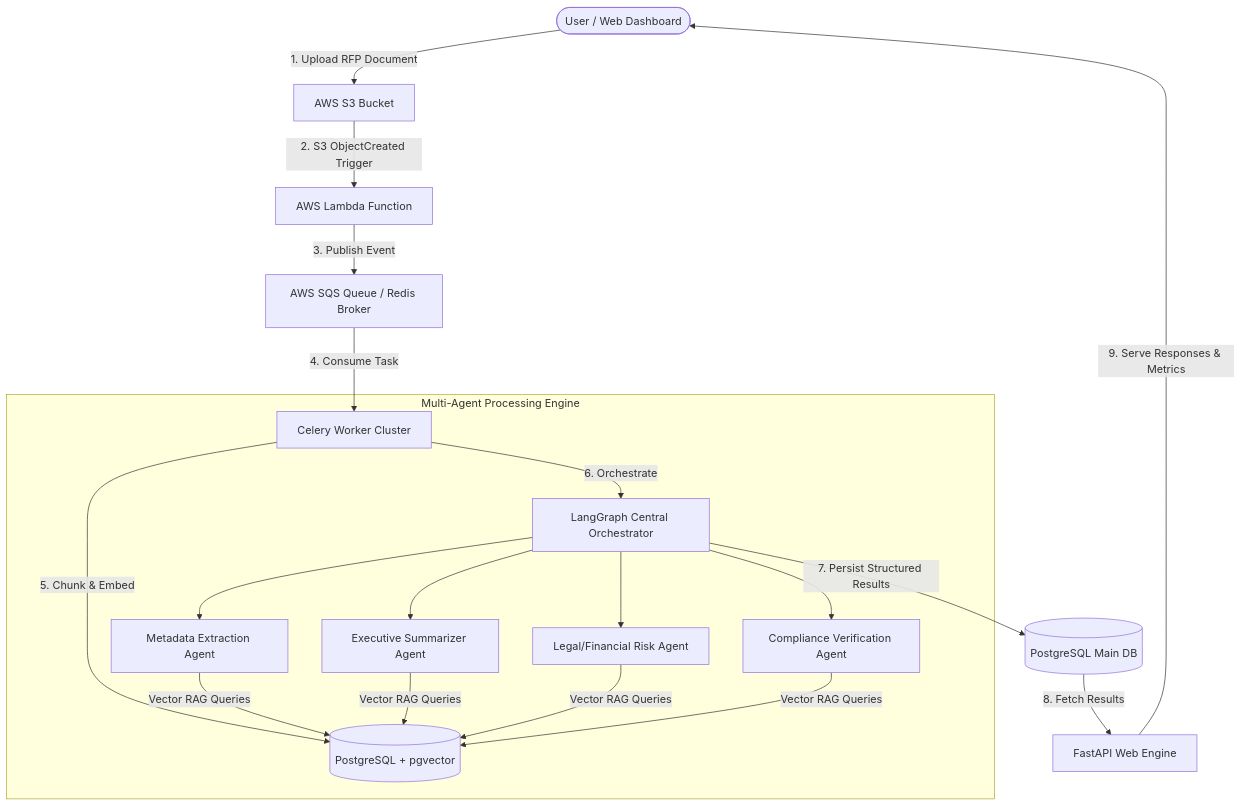
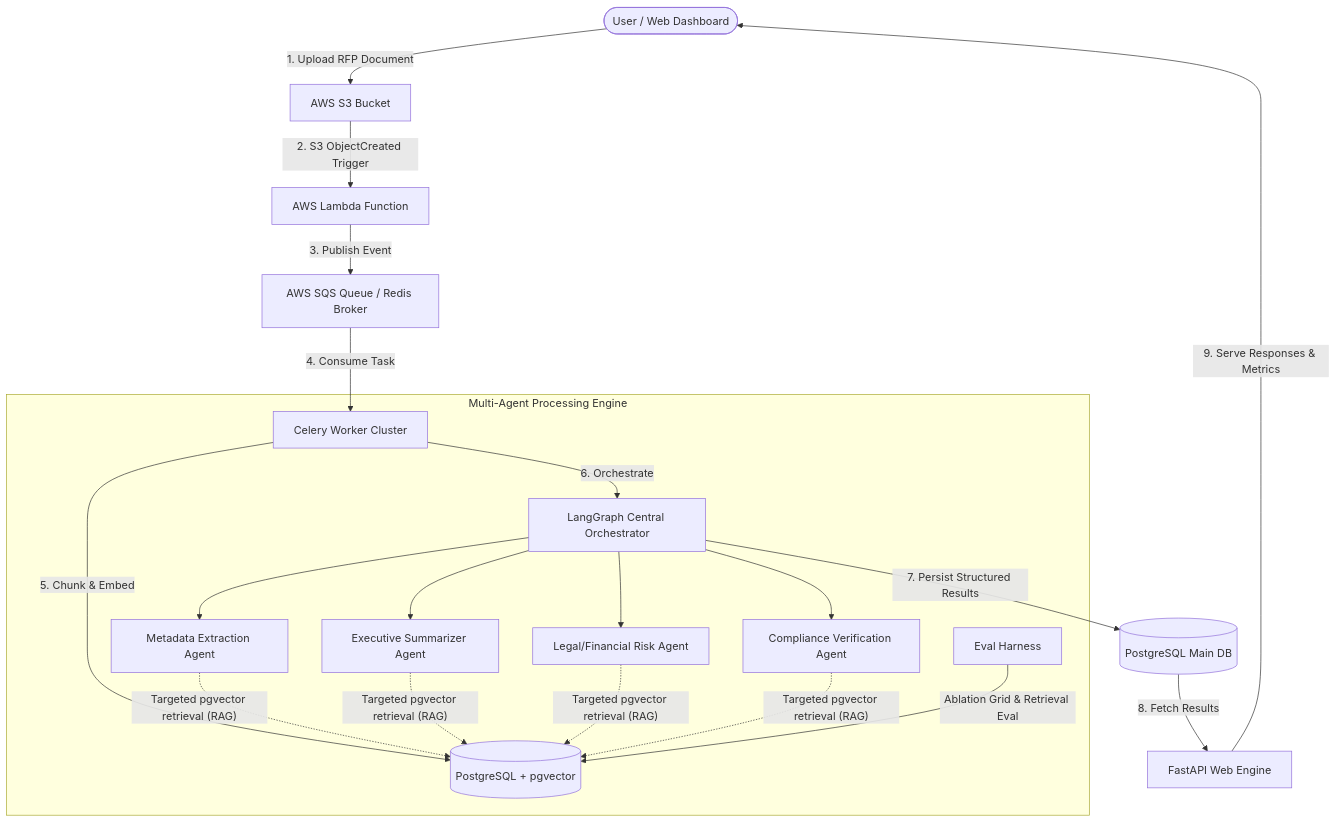
Before and after one commit to sharma614/Tender_AI: the diagram in README.md, drawn with Mermaid. The commit also changed other lines of this file and 73 other files, not shown here.

````diff
--- a/README.md
+++ b/README.md
@@ -15,23 +15,24 @@
 ```mermaid
 graph TD
     User([User / Web Dashboard]) -->|1. Upload RFP Document| S3[AWS S3 Bucket]
     S3 -->|2. S3 ObjectCreated Trigger| Lambda[AWS Lambda Function]
     Lambda -->|3. Publish Event| SQS[AWS SQS Queue / Redis Broker]
     SQS -->|4. Consume Task| Worker[Celery Worker Cluster]
     
     subgraph Multi-Agent Processing Engine
         Worker -->|5. Chunk & Embed| PGVector[(PostgreSQL + pgvector)]
         Worker -->|6. Orchestrate| LangGraph[LangGraph Central Orchestrator]
         
         LangGraph --> Agent1[Metadata Extraction Agent]
         LangGraph --> Agent2[Executive Summarizer Agent]
         LangGraph --> Agent3[Legal/Financial Risk Agent]
         LangGraph --> Agent4[Compliance Verification Agent]
         
-        Agent1 & Agent2 & Agent3 & Agent4 -->|Vector RAG Queries| PGVector
+        Agent1 & Agent2 & Agent3 & Agent4 -.->|"Targeted pgvector retrieval (RAG)"| PGVector
+        EvalHarness[Eval Harness] -->|"Ablation Grid & Retrieval Eval"| PGVector
     end
     
     LangGraph -->|7. Persist Structured Results| MainDB[(PostgreSQL Main DB)]
     MainDB -->|8. Fetch Results| API[FastAPI Web Engine]
     API -->|9. Serve Responses & Metrics| User
 ```
````
